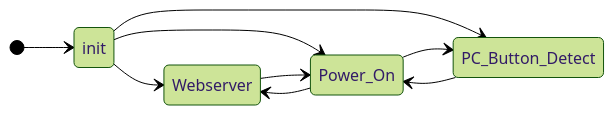
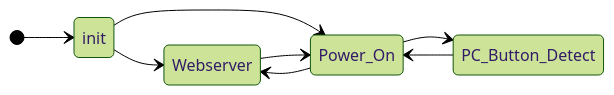
Before and after one commit to cbwhickstein/power_over_wifi: the second of 2 diagrams in doc/README.md, drawn with Mermaid (forest theme). The commit also changed 3 other files, not shown here.

````diff
--- a/doc/README.md
+++ b/doc/README.md
@@ -18,12 +18,11 @@
 ```mermaid
 stateDiagram
     direction LR
     [*] --> init
     init --> Webserver
     init --> Power_On
     Webserver --> Power_On
     Power_On --> Webserver
-    init --> PC_Button_Detect
     PC_Button_Detect --> Power_On
     Power_On --> PC_Button_Detect
 ```
````
